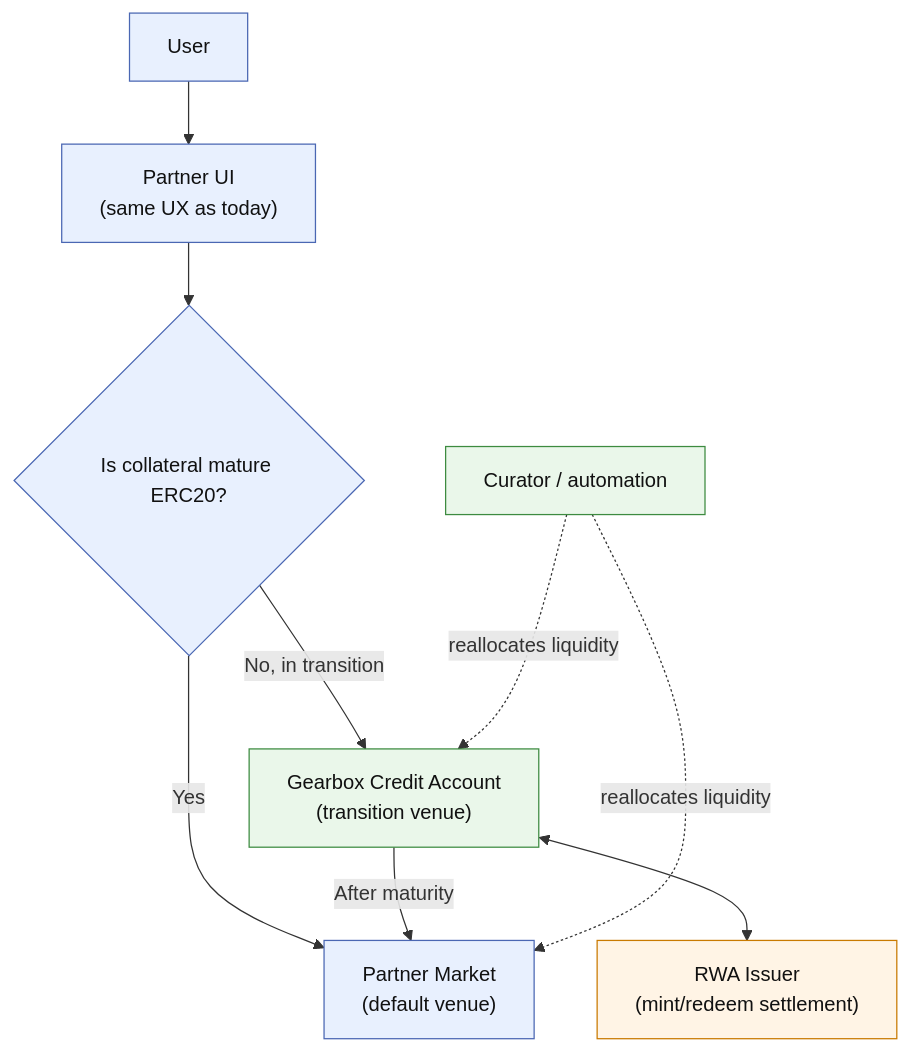
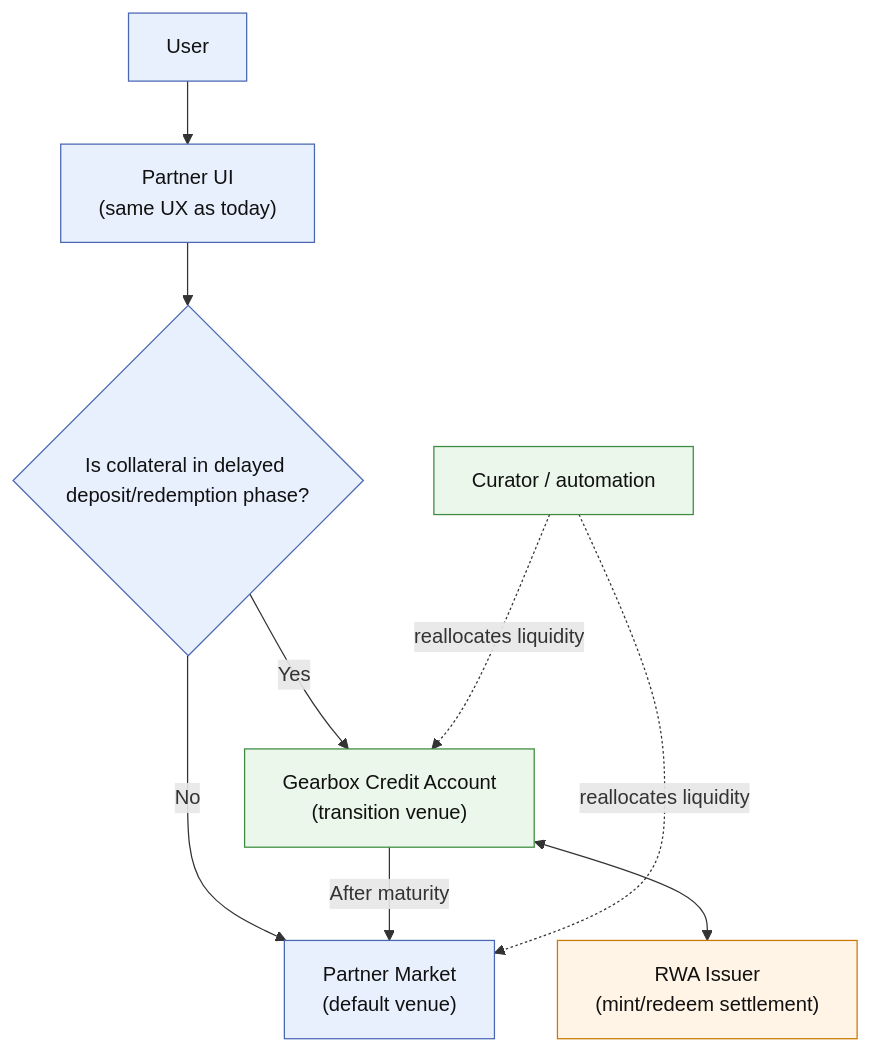
Before and after one commit to Gearbox-protocol/docs-knowledge: the first of 10 diagrams in reference/usecase-faster-rwa-settlement-with-leverage.md, drawn with Mermaid. The commit also changed other lines of this file, not shown here.

Commit message:
GITBOOK-46: No subject

````diff
--- a/reference/usecase-faster-rwa-settlement-with-leverage.md
+++ b/reference/usecase-faster-rwa-settlement-with-leverage.md
@@ -57,22 +57,22 @@
 ```mermaid
 flowchart TB
     U["User"] --> UI["Partner UI<br/>(same UX as today)"]
-    UI --> Q{"Is collateral mature ERC20?"}
+    UI --> Q{"Is collateral in delayed deposit/redemption phase?"}
 
-    Q -->|Yes| PM["Partner Market<br/>(default venue)"]
-    Q -->|No, in transition| GB["Gearbox Credit Account<br/>(transition venue)"]
+    Q -->|No| PM["Partner Market<br/>(default venue)"]
+    Q -->|Yes| GB["Gearbox Credit Account<br/>(transition venue)"]
 
     GB <--> ISS["RWA Issuer<br/>(mint/redeem settlement)"]
     GB -->|After maturity| PM
 
     C["Curator / automation"] -. reallocates liquidity .-> PM
     C -. reallocates liquidity .-> GB
 
     classDef unchanged fill:#e8f0fe,stroke:#4a67b3,color:#111;
     classDef transition fill:#eaf7ea,stroke:#3d8b40,color:#111;
     classDef external fill:#fff4e5,stroke:#c97a00,color:#111;
 
     class U,UI,Q,PM unchanged;
     class GB,C transition;
     class ISS external;
 ```
````
